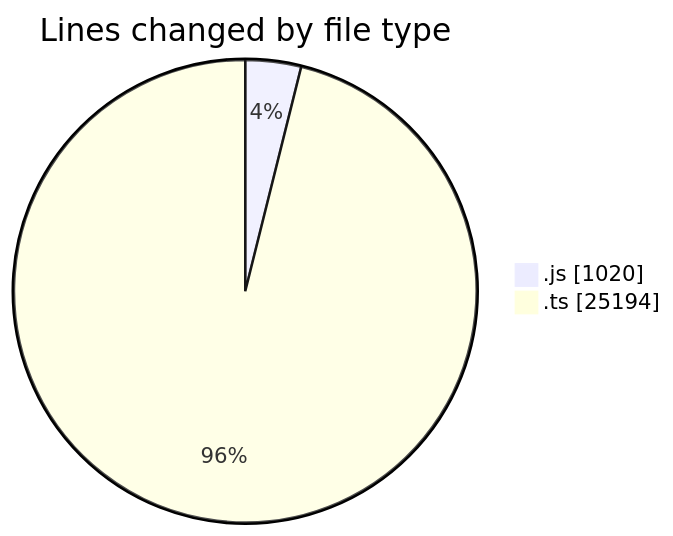
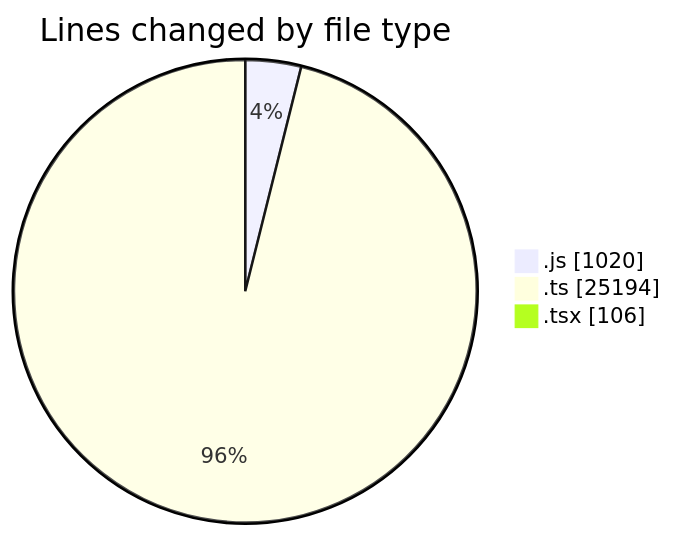
One commit to momahboobian/code-tracking changed the first of 2 diagrams in 2026-01-15/cda/README.md. Above: the diagram before and after it, drawn with Mermaid. The commit also changed other lines of this file and 1 other file, not shown here.

````diff
--- a/2026-01-15/cda/README.md
+++ b/2026-01-15/cda/README.md
@@ -27,6 +28,7 @@
 ```mermaid
 pie showData
 title Lines changed by file type
 ".js" : 1020
 ".ts" : 25194
+".tsx" : 106
 ```
````
